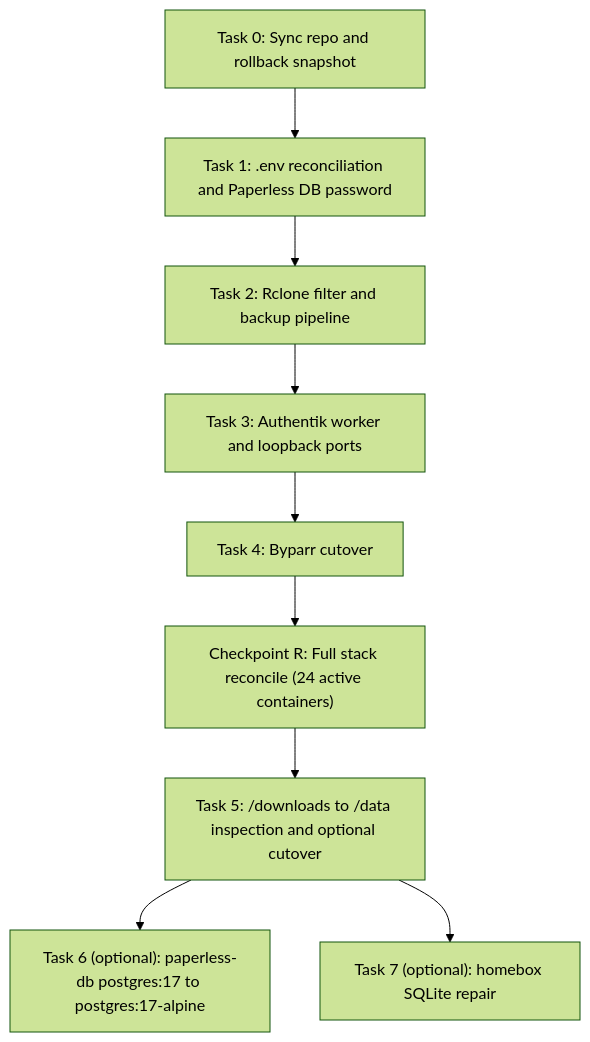
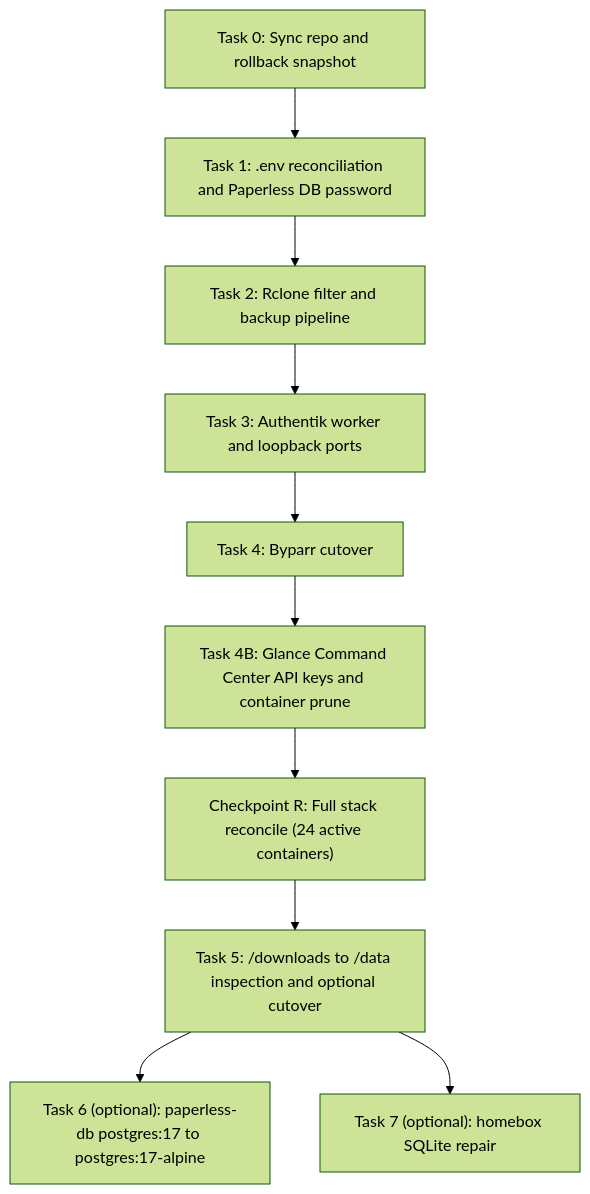
Before and after one commit to varungupta3009/Sol: the diagram in docs/FLASH_LOCAL_VERIFICATION_RUNBOOK.md, drawn with Mermaid (forest theme). The commit also changed other lines of this file and 8 other files, not shown here.

Commit message:
feat(glance): add 3-page declarative Glance Command Center, custom Catppuccin/GM3 theme, and custom-api telemetry

````diff
--- a/docs/FLASH_LOCAL_VERIFICATION_RUNBOOK.md
+++ b/docs/FLASH_LOCAL_VERIFICATION_RUNBOOK.md
@@ -33,11 +33,12 @@
 ```mermaid
 flowchart TD
     T0["Task 0: Sync repo and rollback snapshot"] --> T1["Task 1: .env reconciliation and Paperless DB password"]
     T1 --> T2["Task 2: Rclone filter and backup pipeline"]
     T2 --> T3["Task 3: Authentik worker and loopback ports"]
     T3 --> T4["Task 4: Byparr cutover"]
-    T4 --> R["Checkpoint R: Full stack reconcile (24 active containers)"]
+    T4 --> T4B["Task 4B: Glance Command Center API keys and container prune"]
+    T4B --> R["Checkpoint R: Full stack reconcile (24 active containers)"]
     R --> T5["Task 5: /downloads to /data inspection and optional cutover"]
     T5 --> T6["Task 6 (optional): paperless-db postgres:17 to postgres:17-alpine"]
     T5 --> T7["Task 7 (optional): homebox SQLite repair"]
 ```
````
